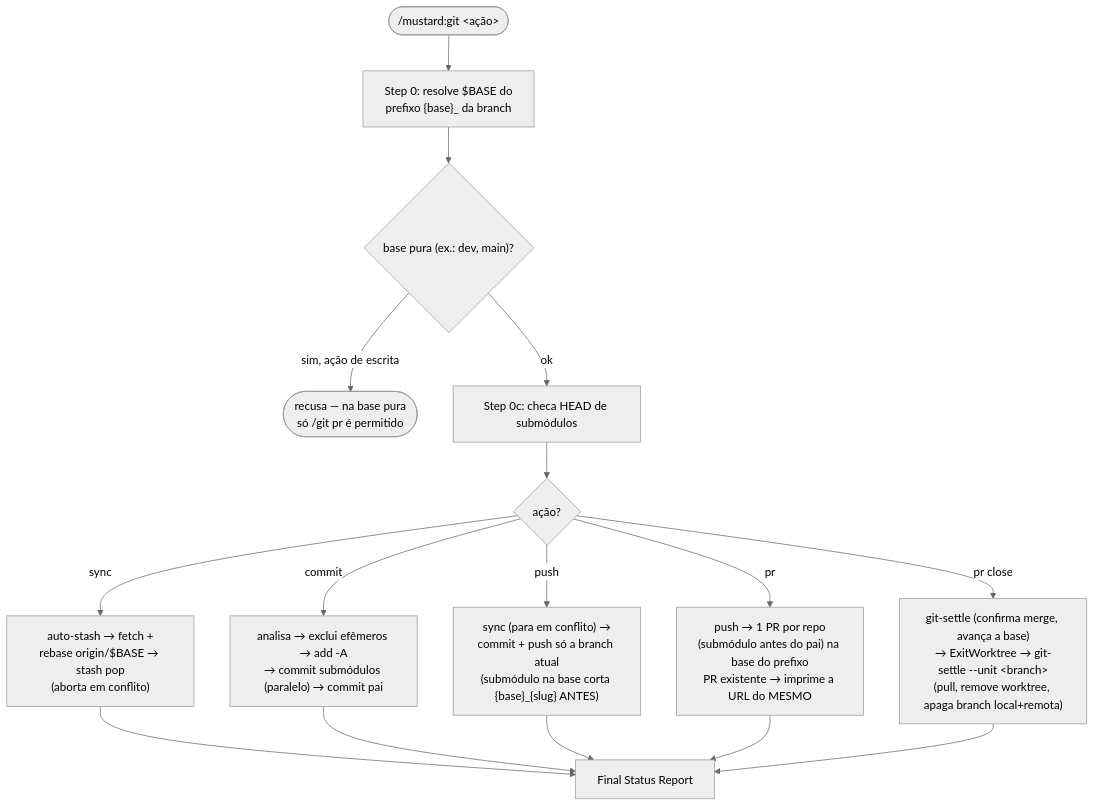
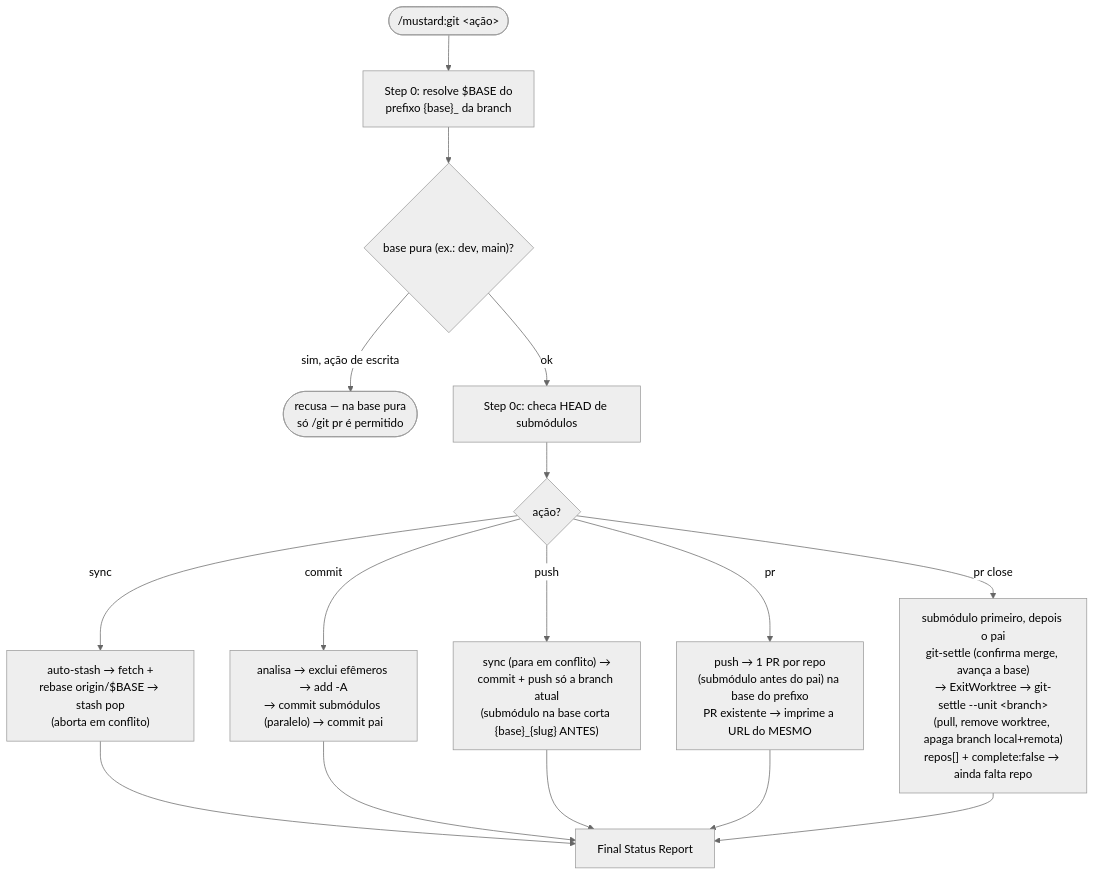
Before and after one commit to rubensrpj/mustard: diagram 13 of 20 in MUSTARD-COMMANDS.md, drawn with Mermaid (neutral theme). The commit also changed other lines of this file and 8 other files, not shown here.

First line of the commit message:
fix(rt): git-settle reports every repository of the unit, both directions

````diff
--- a/MUSTARD-COMMANDS.md
+++ b/MUSTARD-COMMANDS.md
@@ -485,20 +485,20 @@
 ```mermaid
 flowchart TD
     start(["/mustard:git &lt;ação&gt;"]) --> s0["Step 0: resolve $BASE do<br/>prefixo {base}_ da branch"]
     s0 --> prot{"base pura (ex.: dev, main)?"}
     prot -->|"sim, ação de escrita"| refuse(["recusa — na base pura<br/>só /git pr é permitido"])
     prot -->|ok| sub["Step 0c: checa HEAD de submódulos"]
 
     sub --> action{"ação?"}
     action -->|sync| sync["auto-stash → fetch +<br/>rebase origin/$BASE → stash pop<br/>(aborta em conflito)"]
     action -->|commit| commit["analisa → exclui efêmeros → add -A<br/>→ commit submódulos (paralelo) → commit pai"]
     action -->|push| push["sync (para em conflito) →<br/>commit + push só a branch atual<br/>(submódulo na base corta {base}_{slug} ANTES)"]
     action -->|pr| pr["push → 1 PR por repo<br/>(submódulo antes do pai) na base do prefixo<br/>PR existente → imprime a URL do MESMO"]
-    action -->|"pr close"| settle["git-settle (confirma merge, avança a base)<br/>→ ExitWorktree → git-settle --unit &lt;branch&gt;<br/>(pull, remove worktree, apaga branch local+remota)"]
+    action -->|"pr close"| settle["submódulo primeiro, depois o pai<br/>git-settle (confirma merge, avança a base)<br/>→ ExitWorktree → git-settle --unit &lt;branch&gt;<br/>(pull, remove worktree, apaga branch local+remota)<br/>repos[] + complete:false → ainda falta repo"]
 
     sync --> reportx["Final Status Report"]
     commit --> reportx
     push --> reportx
     pr --> reportx
     settle --> reportx
 ```
````
